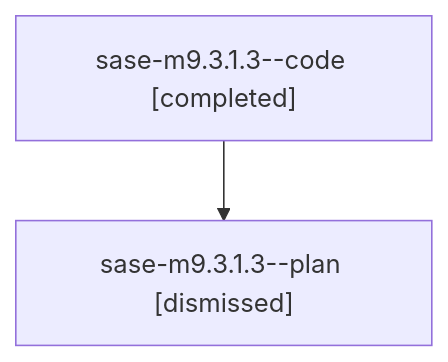
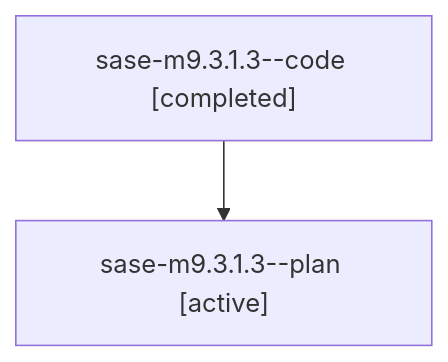
Before and after one commit to sase-org/sase--agents: the diagram in families/bbugyi200.athena.sase-m9.3.1.3.md, drawn with Mermaid. The commit also changed other lines of this file and 35830 other files, not shown here.

````diff
--- a/families/bbugyi200.athena.sase-m9.3.1.3.md
+++ b/families/bbugyi200.athena.sase-m9.3.1.3.md
@@ -9,6 +9,6 @@
 ```mermaid
 flowchart TD
   n0["sase-m9.3.1.3--code [completed]"]
-  n1["sase-m9.3.1.3--plan [dismissed]"]
+  n1["sase-m9.3.1.3--plan [active]"]
   n0 --> n1
 ```
````
